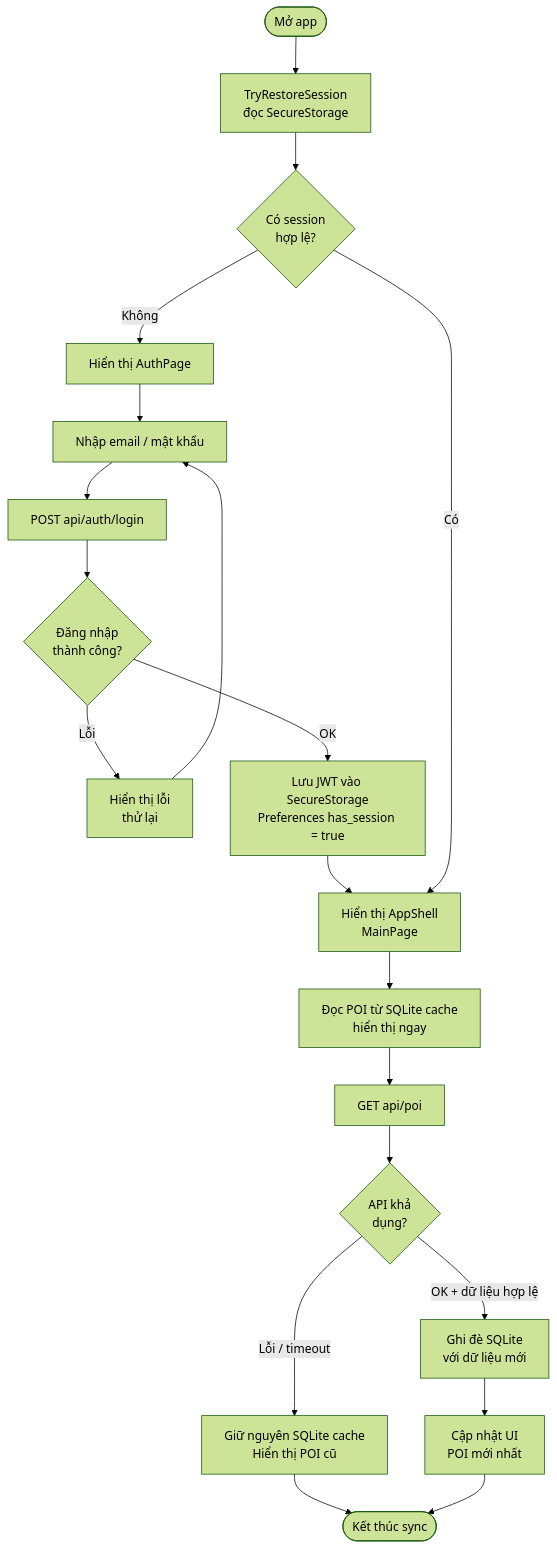
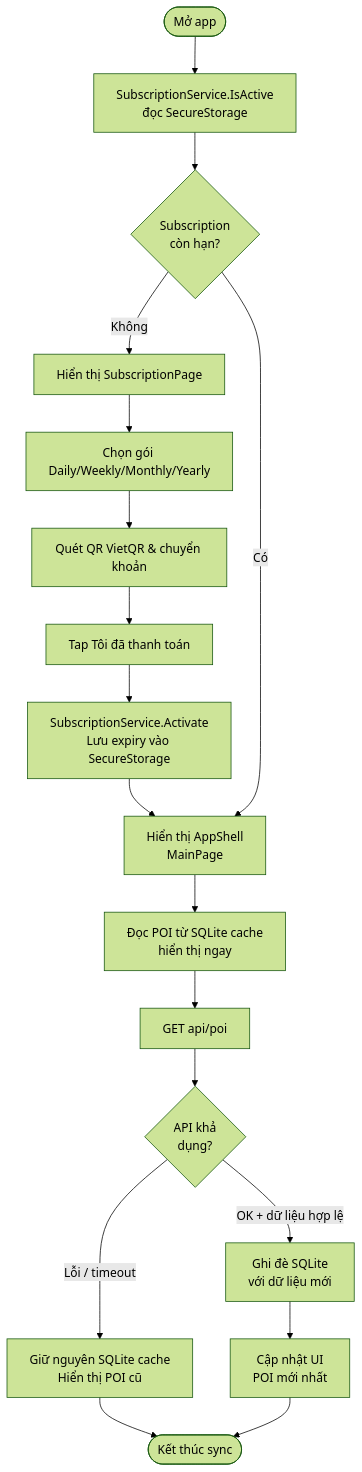
One commit to KhanhChung2k5/k_tour changed diagram 43 of 49 in docs/PRODUCT_REQUIREMENTS.md. Above: the diagram before and after it, drawn with Mermaid (forest theme). The commit also changed other lines of this file and 9 other files, not shown here.

Commit message:
Add class diagram

````diff
--- a/docs/PRODUCT_REQUIREMENTS.md
+++ b/docs/PRODUCT_REQUIREMENTS.md
@@ -916,22 +1916,20 @@
 ```mermaid
 flowchart TD
-    Start([Mở app]) --> RestoreSession[TryRestoreSession\nđọc SecureStorage]
-    RestoreSession --> HasSession{Có session\nhợp lệ?}
-    HasSession -->|Không| ShowLogin[Hiển thị AuthPage]
-    ShowLogin --> UserLogin[Nhập email / mật khẩu]
-    UserLogin --> PostLogin[POST api/auth/login]
-    PostLogin --> LoginOK{Đăng nhập\nthành công?}
-    LoginOK -->|Lỗi| ShowLoginErr[Hiển thị lỗi\nthử lại]
-    ShowLoginErr --> UserLogin
-    LoginOK -->|OK| SaveSession[Lưu JWT vào SecureStorage\nPreferences has_session = true]
-    SaveSession --> LoadShell
-    HasSession -->|Có| LoadShell[Hiển thị AppShell\nMainPage]
+    Start([Mở app]) --> CheckSub[SubscriptionService.IsActive\nđọc SecureStorage]
+    CheckSub --> HasSub{Subscription\ncòn hạn?}
+    HasSub -->|Không| ShowSubPage[Hiển thị SubscriptionPage]
+    ShowSubPage --> ChoosePlan[Chọn gói Daily/Weekly/Monthly/Yearly]
+    ChoosePlan --> ScanQR[Quét QR VietQR & chuyển khoản]
+    ScanQR --> TapConfirm[Tap Tôi đã thanh toán]
+    TapConfirm --> Activate[SubscriptionService.Activate\nLưu expiry vào SecureStorage]
+    Activate --> LoadShell
+    HasSub -->|Có| LoadShell[Hiển thị AppShell\nMainPage]
     LoadShell --> LoadSQLite[Đọc POI từ SQLite cache\nhiển thị ngay]
     LoadSQLite --> FetchAPI[GET api/poi]
     FetchAPI --> APIAvail{API khả\ndụng?}
     APIAvail -->|Lỗi / timeout| KeepCache[Giữ nguyên SQLite cache\nHiển thị POI cũ]
     KeepCache --> End([Kết thúc sync])
     APIAvail -->|OK + dữ liệu hợp lệ| ReplaceCache[Ghi đè SQLite\nvới dữ liệu mới]
     ReplaceCache --> UpdateUI[Cập nhật UI\nPOI mới nhất]
     UpdateUI --> End
 ```
````
